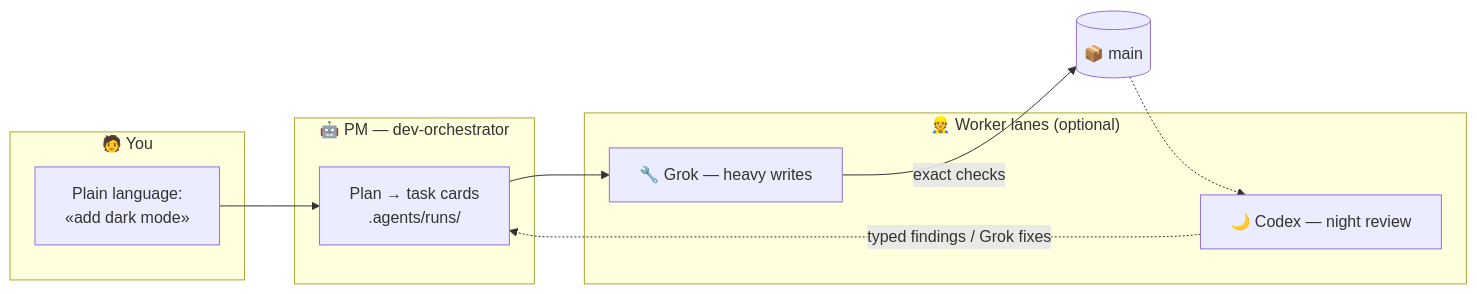
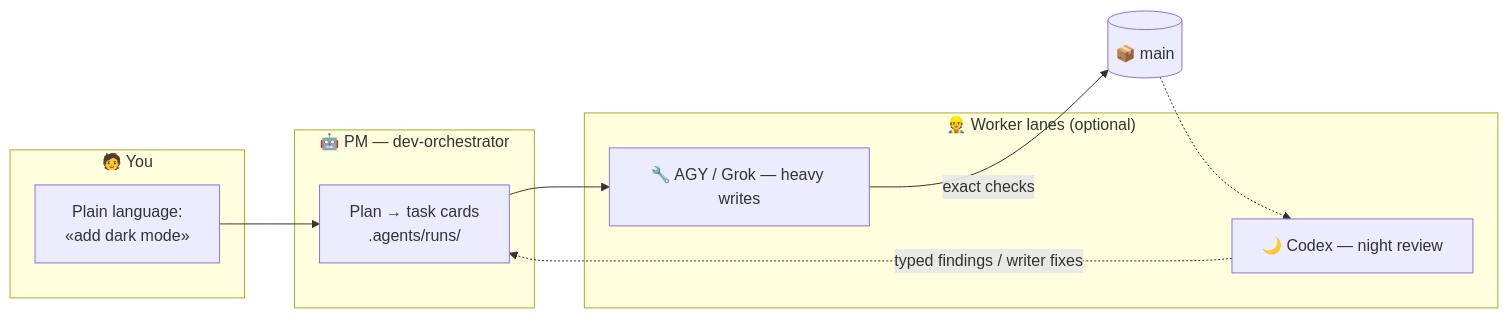
The diagram in README.md (VKirill/claude-lane-stack), drawn with Mermaid before and after one commit. The commit also changed other lines of this file and 35 other files, not shown here.

Commit message:
feat(runtime): add switchable AGY 3.6 writer

````diff
--- a/README.md
+++ b/README.md
@@ -78,18 +78,18 @@
 ```mermaid
 flowchart LR
     subgraph you ["🧑 You"]
         A["Plain language:<br/>«add dark mode»"]
     end
     subgraph pm ["🤖 PM — dev-orchestrator"]
         B["Plan → task cards<br/>.agents/runs/"]
     end
     subgraph lanes ["👷 Worker lanes (optional)"]
-        D["🔧 Grok — heavy writes"]
+        D["🔧 AGY / Grok — heavy writes"]
         E["🌙 Codex — night review"]
     end
     A --> B
     B --> D
     D -->|exact checks| F[("📦 main")]
     F -.-> E
-    E -.->|typed findings / Grok fixes| B
+    E -.->|typed findings / writer fixes| B
 ```
````
